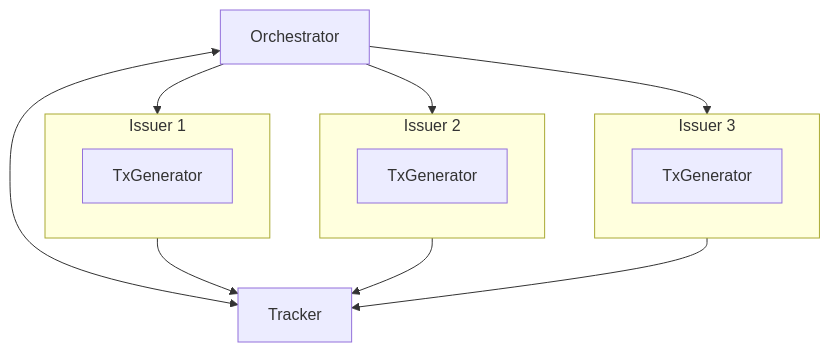
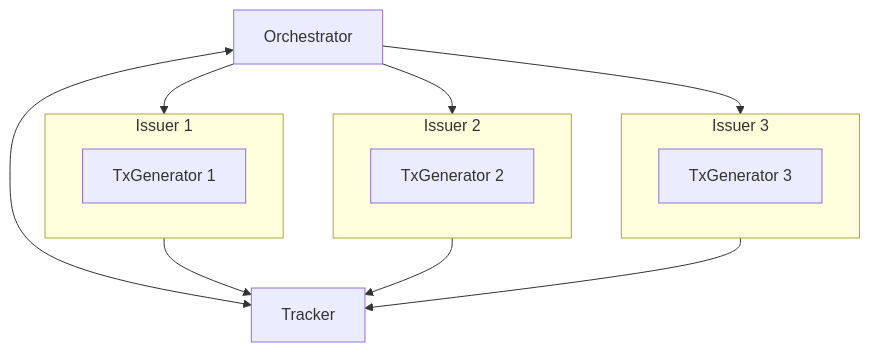
Before and after one commit to ava-labs/hypersdk: the diagram in load/README.md, drawn with Mermaid. The commit also changed other lines of this file, not shown here.

````diff
--- a/load/README.md
+++ b/load/README.md
@@ -18,24 +18,24 @@
 ```mermaid
 graph
     A["Orchestrator"]
     subgraph B1["Issuer 1"]
-        TG1["TxGenerator"]
+        TG1["TxGenerator 1"]
     end
     subgraph B2["Issuer 2"]
-        TG2["TxGenerator"]
+        TG2["TxGenerator 2"]
     end
     subgraph B3["Issuer 3"]
-        TG3["TxGenerator"]
+        TG3["TxGenerator 3"]
     end
     C["Tracker"]
 
     A <--> C
 
     A --> B1
     A --> B2
     A --> B3
 
     B1 --> C
     B2 --> C
     B3 --> C
 ```
````
